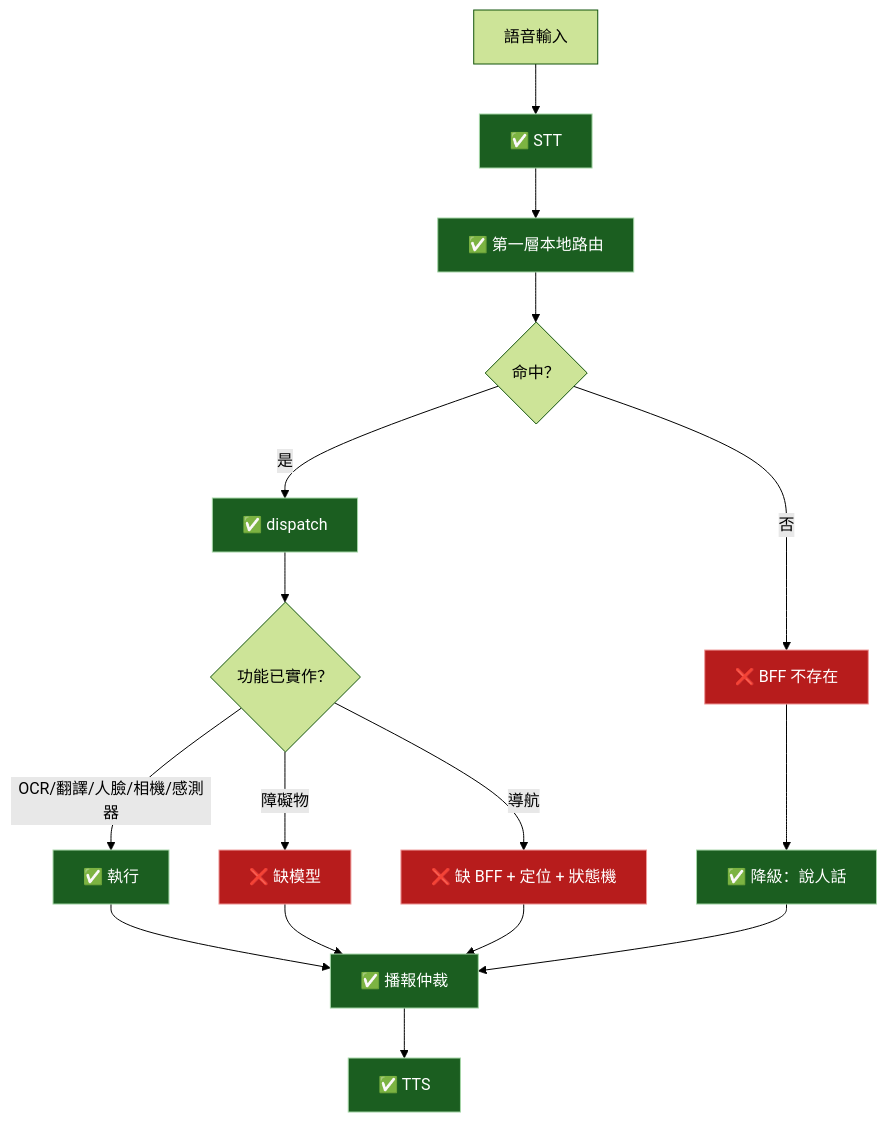
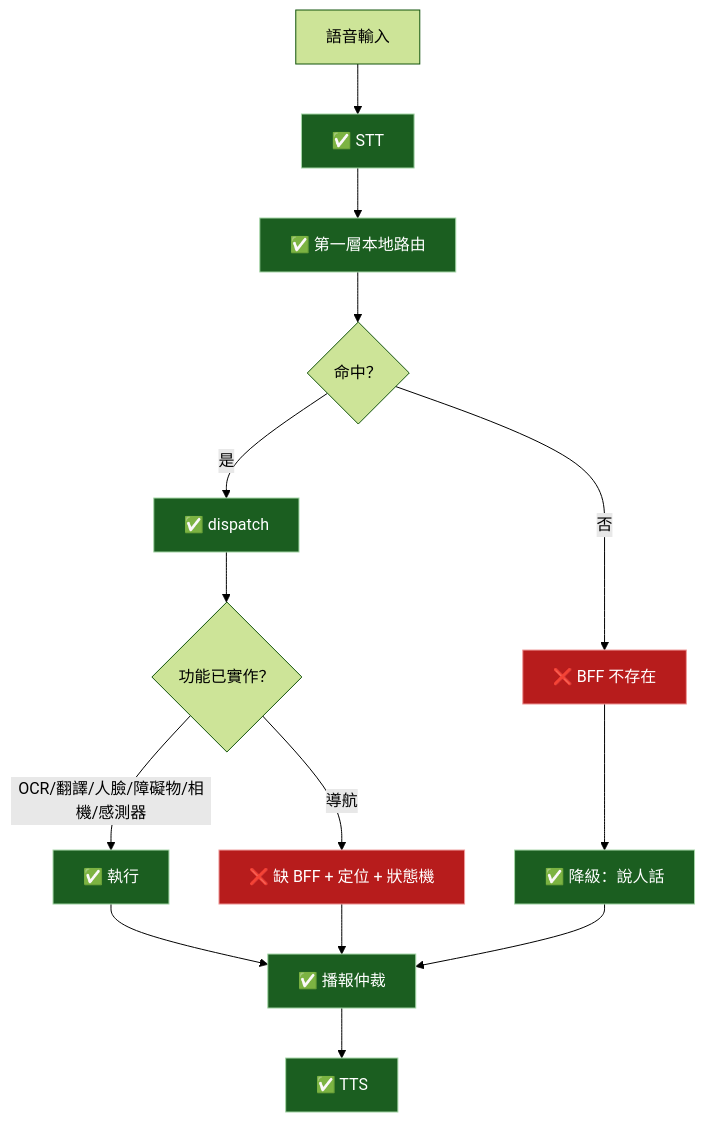
Diagram 11 of 11 in docs/DEVELOPER_GUIDE.md (mato1321/guide_glasses_project_), drawn with Mermaid (forest theme) before and after one commit. The commit also changed other lines of this file and 5 other files, not shown here.

````diff
--- a/docs/DEVELOPER_GUIDE.md
+++ b/docs/DEVELOPER_GUIDE.md
@@ -1128,23 +1148,21 @@
 ```mermaid
 flowchart TB
     A["語音輸入"] --> B["✅ STT"]
     B --> C["✅ 第一層本地路由"]
     C --> D{"命中？"}
     D -->|是| E["✅ dispatch"]
     D -->|否| F["❌ BFF 不存在"]
     F --> G["✅ 降級：說人話"]
     E --> H{"功能已實作？"}
-    H -->|"OCR/翻譯/人臉/相機/感測器"| I["✅ 執行"]
-    H -->|"障礙物"| J["❌ 缺模型"]
+    H -->|"OCR/翻譯/人臉/障礙物/相機/感測器"| I["✅ 執行"]
     H -->|"導航"| K["❌ 缺 BFF + 定位 + 狀態機"]
     I --> L["✅ 播報仲裁"]
     G --> L
-    J --> L
     K --> L
     L --> M["✅ TTS"]
 
     classDef ok fill:#1b5e20,stroke:#a5d6a7,color:#fff
     classDef bad fill:#b71c1c,stroke:#ef9a9a,color:#fff
     class B,C,E,G,I,L,M ok
-    class F,J,K bad
+    class F,K bad
 ```
````
